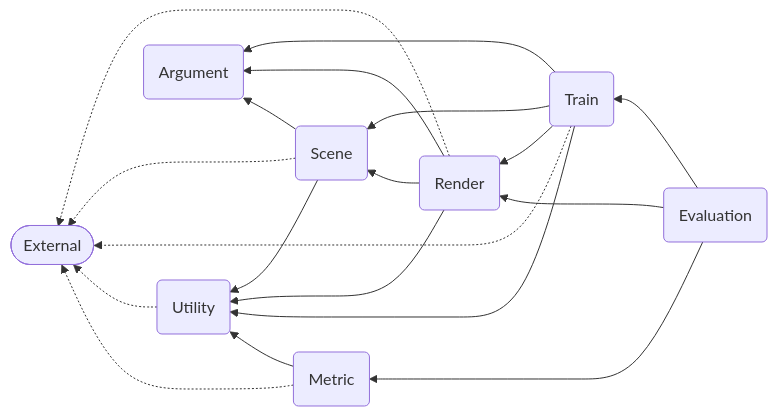
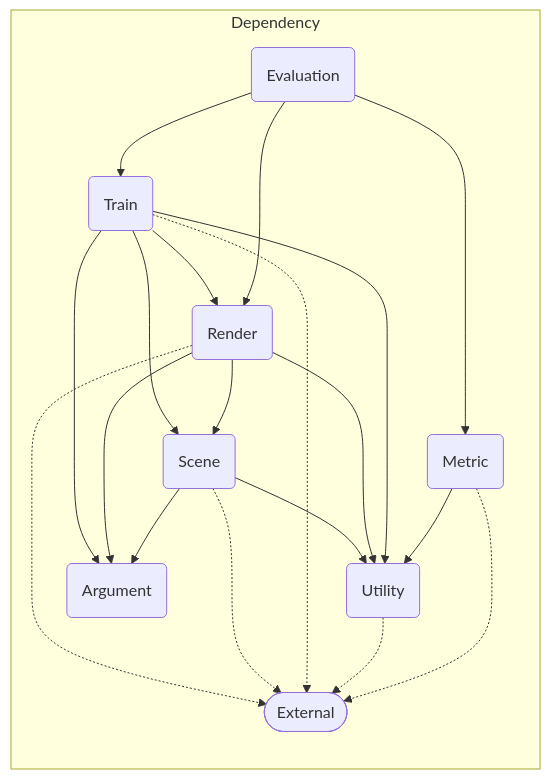
The first of 2 diagrams in docs/dependency/original-reference.orig.md (AsherJingkongChen/3DGS), drawn with Mermaid before and after one commit. The commit also changed other lines of this file and 1 other file, not shown here.

````diff
--- a/docs/dependency/original-reference.orig.md
+++ b/docs/dependency/original-reference.orig.md
@@ -17,38 +17,42 @@
 ```mermaid
 graph RL
-  x([External])
-  u(Utility)
-  a(Argument)
-  s(Scene)
-  m(Metric)
-  r(Render)
-  t(Train)
-  e(Evaluation)
+  subgraph Dependency
+    x([External])
+    u(Utility)
+    a(Argument)
+    s(Scene)
+    m(Metric)
+    r(Render)
+    t(Train)
+    e(Evaluation)
+  end
 
-  m -.-> x
-  m --> u
+  subgraph Dependency
+    m -.-> x
+    m --> u
 
-  u -.-> x
+    u -.-> x
 
-  e --> m
-  e --> r
-  e --> t
+    e --> m
+    e --> r
+    e --> t
 
-  t -.-> x
-  t --> r
-  t --> u
+    t -.-> x
+    t --> r
+    t --> u
 
-  r --> s
-  t --> s
+    r --> s
+    t --> s
 
-  s -.-> x
-  r -.-> x
-  r --> u
+    s -.-> x
+    r -.-> x
+    r --> u
 
-  s --> a
-  r --> a
-  t --> a
+    s --> a
+    r --> a
+    t --> a
 
-  s --> u
+    s --> u
+  end
 
 ```
````
